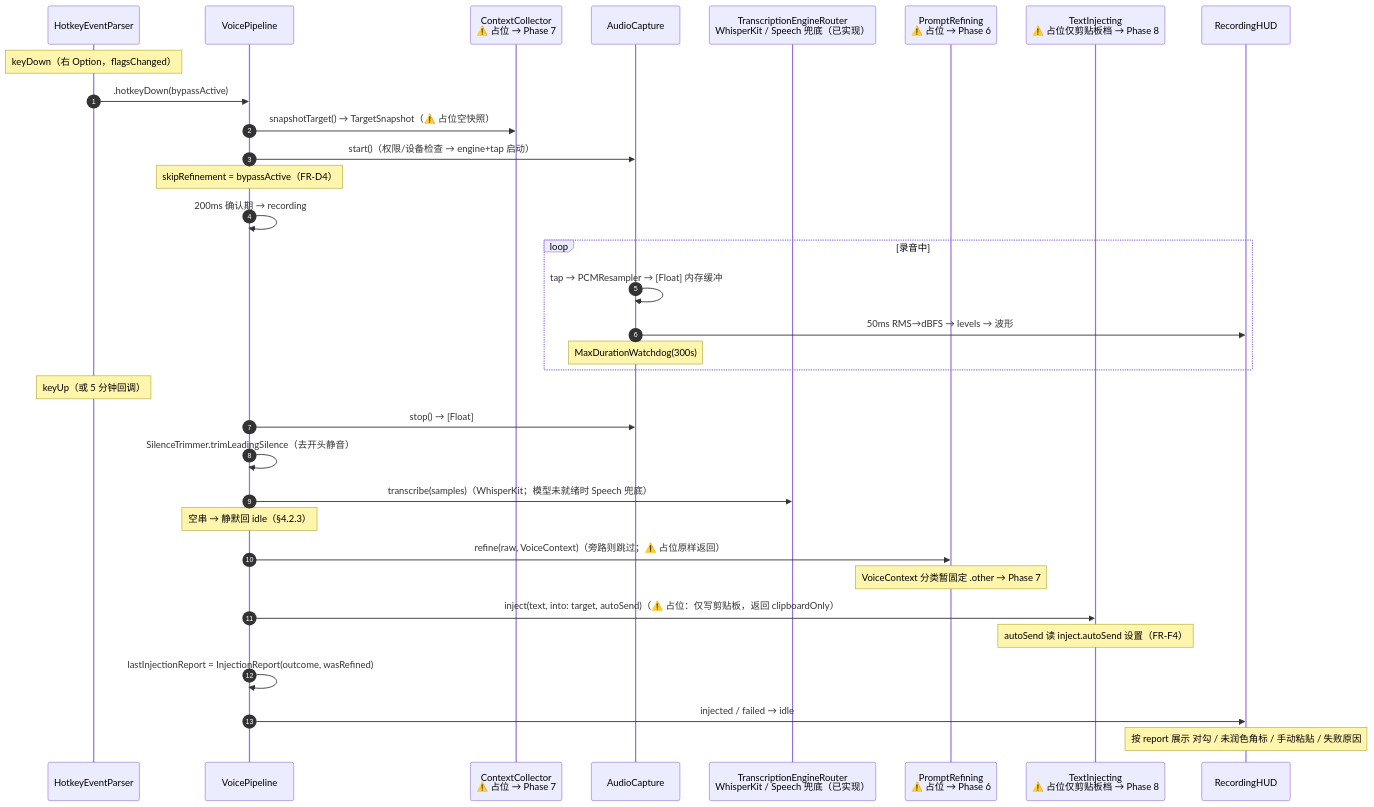
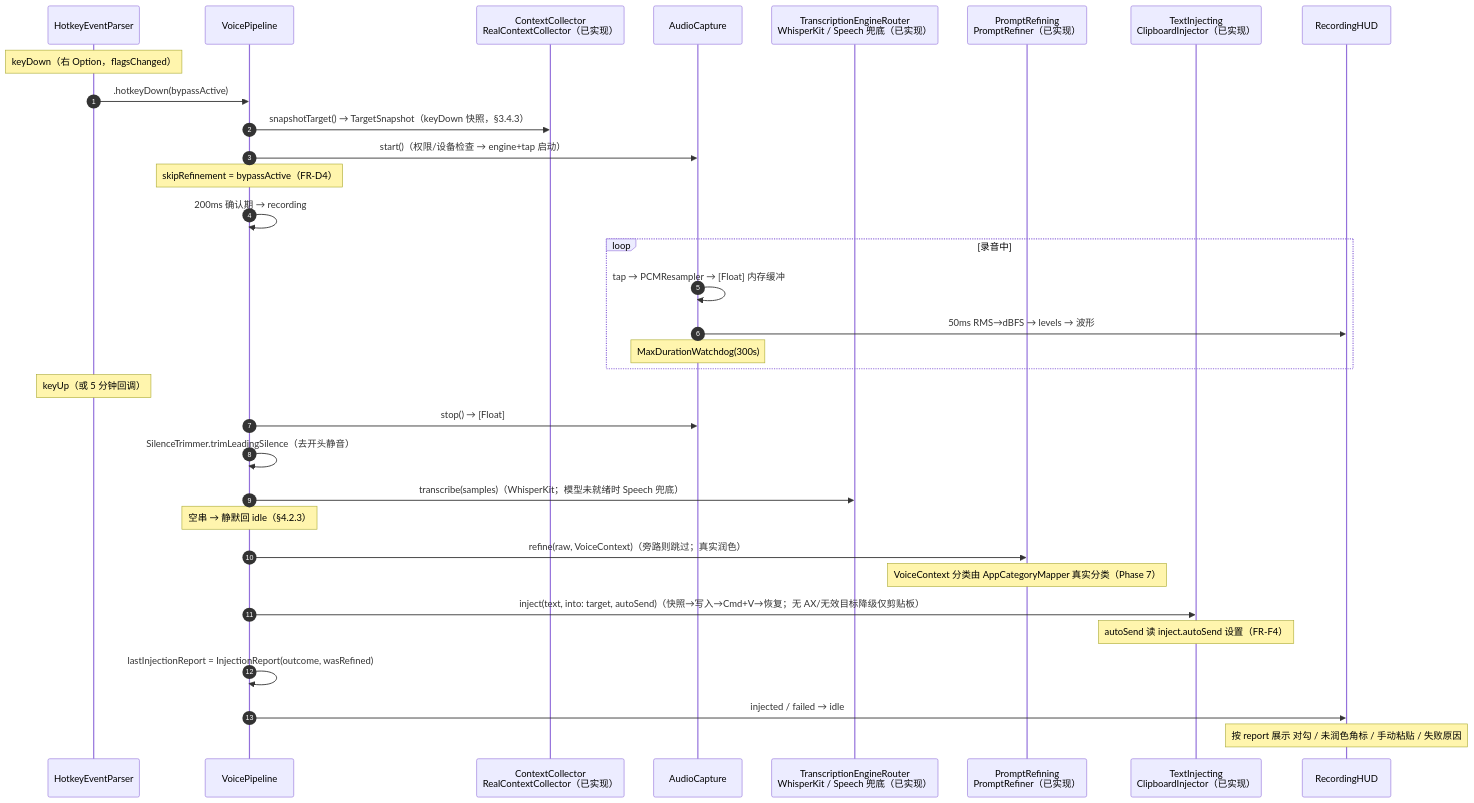
One commit to scottli139/voxmit changed the fourth of 4 diagrams in docs/ARCHITECTURE.md. Above: the diagram before and after it, drawn with Mermaid. The commit also changed other lines of this file and 4 other files, not shown here.

````diff
--- a/docs/ARCHITECTURE.md
+++ b/docs/ARCHITECTURE.md
@@ -284,36 +290,36 @@
 ```mermaid
 sequenceDiagram
     autonumber
     participant HK as HotkeyEventParser
     participant VP as VoicePipeline
-    participant CC as ContextCollector<br>⚠️ 占位 → Phase 7
+    participant CC as ContextCollector<br>RealContextCollector（已实现）
     participant AC as AudioCapture
     participant TE as TranscriptionEngineRouter<br>WhisperKit / Speech 兜底（已实现）
-    participant PR as PromptRefining<br>⚠️ 占位 → Phase 6
-    participant IJ as TextInjecting<br>⚠️ 占位仅剪贴板档 → Phase 8
+    participant PR as PromptRefining<br>PromptRefiner（已实现）
+    participant IJ as TextInjecting<br>ClipboardInjector（已实现）
     participant HUD as RecordingHUD
 
     Note over HK: keyDown（右 Option，flagsChanged）
     HK->>VP: .hotkeyDown(bypassActive)
-    VP->>CC: snapshotTarget() → TargetSnapshot（⚠️ 占位空快照）
+    VP->>CC: snapshotTarget() → TargetSnapshot（keyDown 快照，§3.4.3）
     VP->>AC: start()（权限/设备检查 → engine+tap 启动）
     Note over VP: skipRefinement = bypassActive（FR-D4）
     VP->>VP: 200ms 确认期 → recording
     loop 录音中
         AC->>AC: tap → PCMResampler → [Float] 内存缓冲
         AC->>HUD: 50ms RMS→dBFS → levels → 波形
         Note over AC: MaxDurationWatchdog(300s)
     end
     Note over HK: keyUp（或 5 分钟回调）
     VP->>AC: stop() → [Float]
     VP->>VP: SilenceTrimmer.trimLeadingSilence（去开头静音）
     VP->>TE: transcribe(samples)（WhisperKit；模型未就绪时 Speech 兜底）
     Note over VP: 空串 → 静默回 idle（§4.2.3）
-    VP->>PR: refine(raw, VoiceContext)（旁路则跳过；⚠️ 占位原样返回）
-    Note over PR: VoiceContext 分类暂固定 .other → Phase 7
-    VP->>IJ: inject(text, into: target, autoSend)（⚠️ 占位：仅写剪贴板，返回 clipboardOnly）
+    VP->>PR: refine(raw, VoiceContext)（旁路则跳过；真实润色）
+    Note over PR: VoiceContext 分类由 AppCategoryMapper 真实分类（Phase 7）
+    VP->>IJ: inject(text, into: target, autoSend)（快照→写入→Cmd+V→恢复；无 AX/无效目标降级仅剪贴板）
     Note over IJ: autoSend 读 inject.autoSend 设置（FR-F4）
     VP->>VP: lastInjectionReport = InjectionReport(outcome, wasRefined)
     VP->>HUD: injected / failed → idle
     Note over HUD: 按 report 展示 对勾 / 未润色角标 / 手动粘贴 / 失败原因
 ```
````
